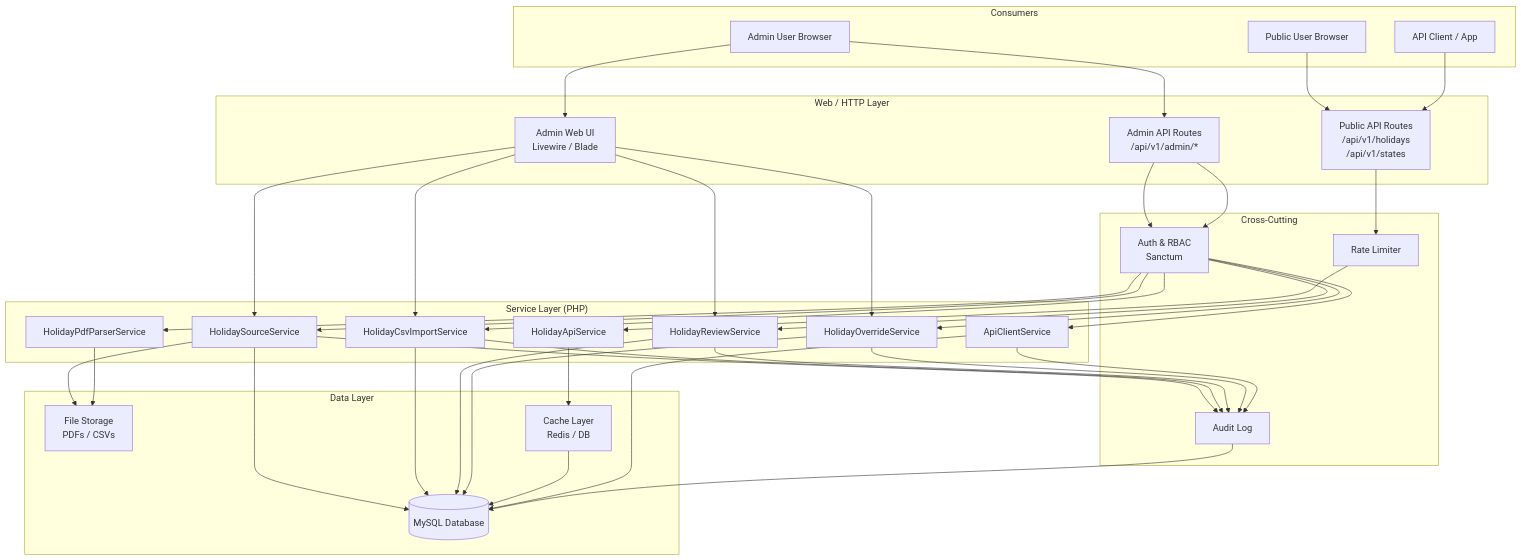
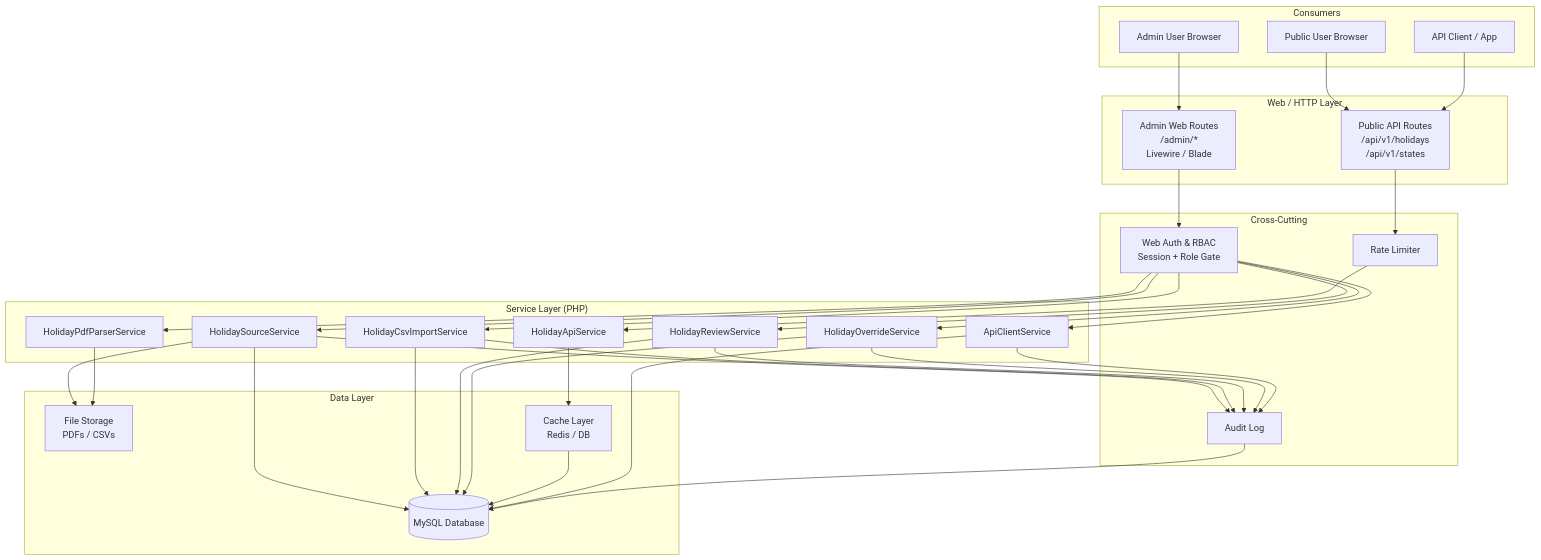
Before and after one commit to DyDxdYdX/malaysia-holiday-api: the first of 4 diagrams in docs/01-system-architecture.md, drawn with Mermaid. The commit also changed other lines of this file and 1 other file, not shown here.

Commit message:
docs: modify web-based admin dashboard routes and controllers documentation

````diff
--- a/docs/01-system-architecture.md
+++ b/docs/01-system-architecture.md
@@ -11,75 +11,67 @@
 ```mermaid
 graph TB
     subgraph Consumers["Consumers"]
         AC[API Client / App]
         PU[Public User Browser]
         AD[Admin User Browser]
     end
 
     subgraph WebLayer["Web / HTTP Layer"]
         PUB[Public API Routes<br/>/api/v1/holidays<br/>/api/v1/states]
-        ADM[Admin API Routes<br/>/api/v1/admin/*]
-        WEB[Admin Web UI<br/>Livewire / Blade]
+        WEB[Admin Web Routes<br/>/admin/*<br/>Livewire / Blade]
     end
 
     subgraph ServiceLayer["Service Layer (PHP)"]
         HSS[HolidaySourceService]
         IMP[HolidayCsvImportService]
         PDF[HolidayPdfParserService]
         REV[HolidayReviewService]
         OVR[HolidayOverrideService]
         API[HolidayApiService]
         ACS[ApiClientService]
     end
 
     subgraph DataLayer["Data Layer"]
         DB[(MySQL Database)]
         FS[File Storage<br/>PDFs / CSVs]
         CQ[Cache Layer<br/>Redis / DB]
     end
 
     subgraph CrossCutting["Cross-Cutting"]
-        AUTH[Auth & RBAC<br/>Sanctum]
+        AUTH[Web Auth & RBAC<br/>Session + Role Gate]
         AUD[Audit Log]
         RL[Rate Limiter]
     end
 
     PU --> PUB
     AC --> PUB
     AD --> WEB
-    AD --> ADM
 
     PUB --> RL
-    ADM --> AUTH
-    ADM --> AUTH
+    WEB --> AUTH
 
     RL --> API
     AUTH --> HSS
     AUTH --> IMP
     AUTH --> PDF
     AUTH --> REV
     AUTH --> OVR
     AUTH --> ACS
-
-    WEB --> HSS
-    WEB --> IMP
-    WEB --> REV
-    WEB --> OVR
 
     HSS --> DB
     HSS --> FS
     IMP --> DB
     PDF --> FS
     REV --> DB
     OVR --> DB
     API --> CQ
     CQ --> DB
     ACS --> DB
 
     HSS --> AUD
     IMP --> AUD
     REV --> AUD
     OVR --> AUD
     ACS --> AUD
     AUD --> DB
 ```
````
